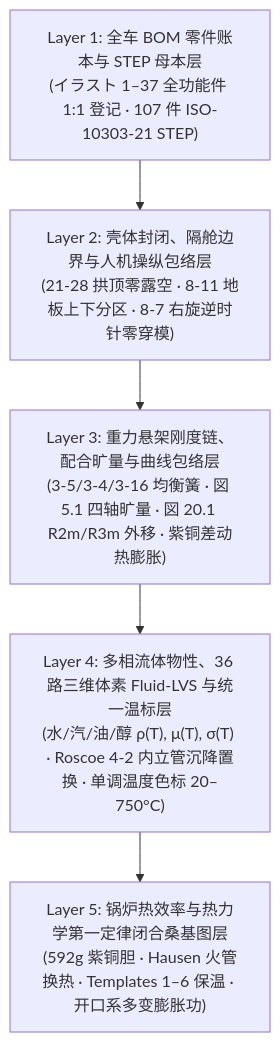
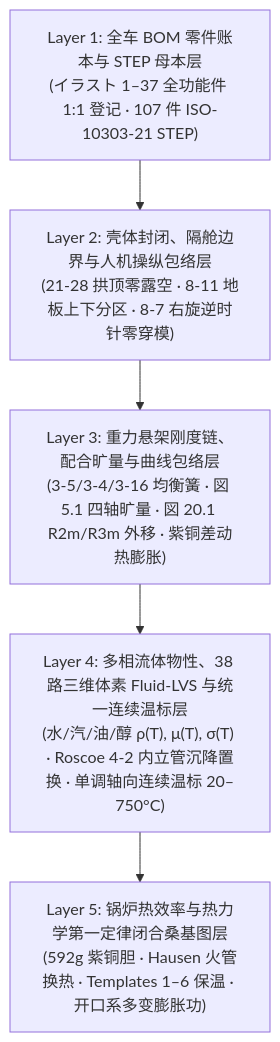
One commit to libinghui96/aster-d51-sim changed the diagram in docs/SYSTEM_ARCHITECTURE.md. Above: the diagram before and after it, drawn with Mermaid. The commit also changed other lines of this file and 22 other files, not shown here.

Commit message:
feat(stage22): 10-axle pure rolling parity, exact G1 Bishop U-bends, C0 axial pipe thermal field, 38-edge bilateral flows, smooth 17-3 J-blower nozzle & streamlined flow darts (Gate 27, Mistakes 57-60)

````diff
--- a/docs/SYSTEM_ARCHITECTURE.md
+++ b/docs/SYSTEM_ARCHITECTURE.md
@@ -23,10 +23,10 @@
 ```mermaid
 flowchart TB
     L1["Layer 1: 全车 BOM 零件账本与 STEP 母本层<br/>(イラスト 1–37 全功能件 1:1 登记 · 107 件 ISO-10303-21 STEP)"]
     L2["Layer 2: 壳体封闭、隔舱边界与人机操纵包络层<br/>(21-28 拱顶零露空 · 8-11 地板上下分区 · 8-7 右旋逆时针零穿模)"]
     L3["Layer 3: 重力悬架刚度链、配合旷量与曲线包络层<br/>(3-5/3-4/3-16 均衡簧 · 図 5.1 四轴旷量 · 図 20.1 R2m/R3m 外移 · 紫铜差动热膨胀)"]
-    L4["Layer 4: 多相流体物性、36 路三维体素 Fluid-LVS 与统一温标层<br/>(水/汽/油/醇 ρ(T), μ(T), σ(T) · Roscoe 4-2 内立管沉降置换 · 单调温度色标 20–750°C)"]
+    L4["Layer 4: 多相流体物性、38 路三维体素 Fluid-LVS 与统一连续温标层<br/>(水/汽/油/醇 ρ(T), μ(T), σ(T) · Roscoe 4-2 内立管沉降置换 · 单调轴向连续温标 20–750°C)"]
     L5["Layer 5: 锅炉热效率与热力学第一定律闭合桑基图层<br/>(592g 紫铜胆 · Hausen 火管换热 · Templates 1–6 保温 · 开口系多变膨胀功)"]
 
     L1 --> L2 --> L3 --> L4 --> L5
 ```
````
